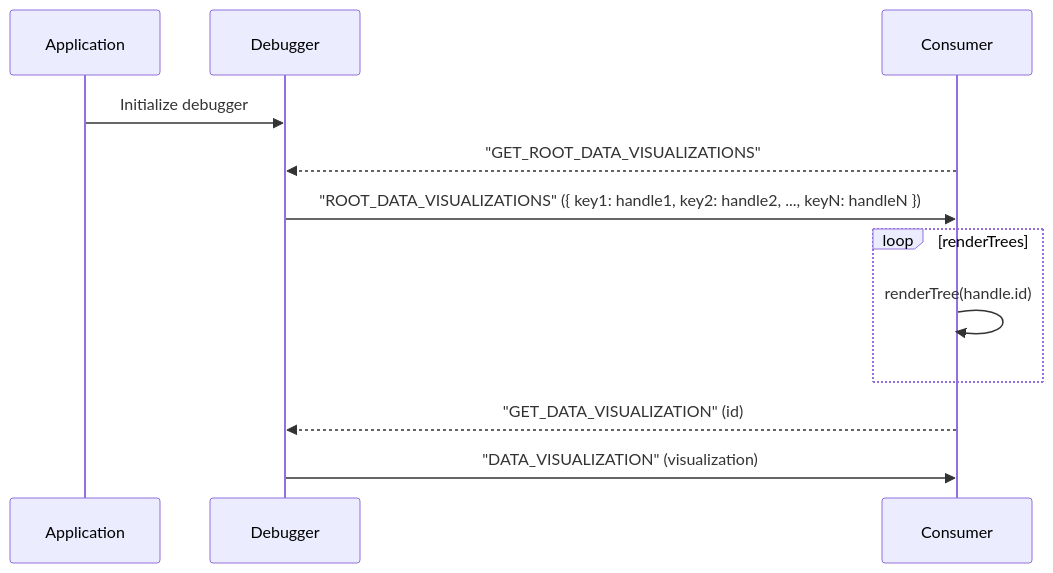
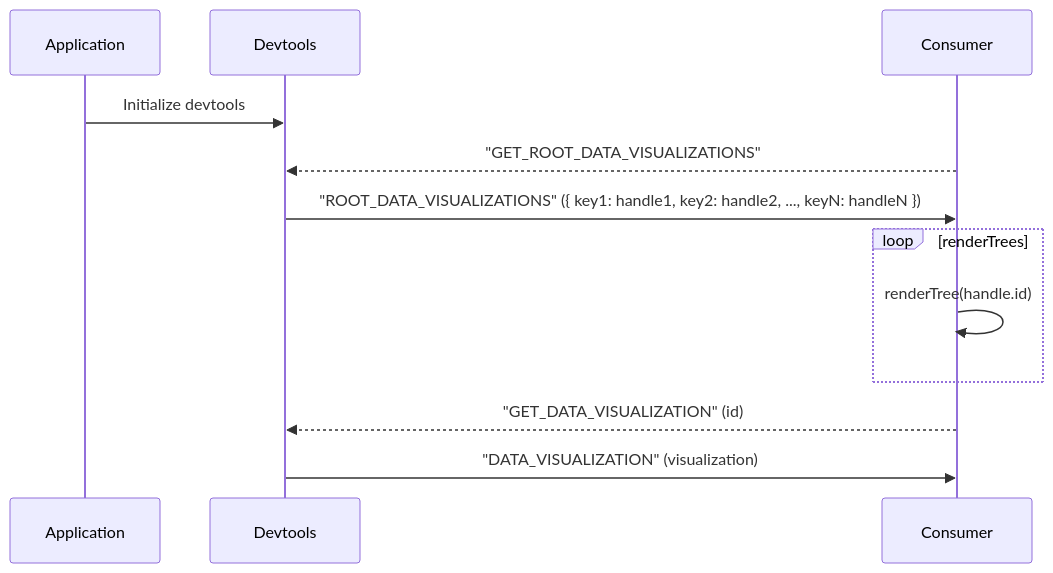
One commit to microsoft/FluidFramework changed the first of 2 diagrams in packages/tools/devtools/devtools-core/src/data-visualization/README.md. Above: the diagram before and after it, drawn with Mermaid. The commit also changed other lines of this file and 18 other files, not shown here.

````diff
--- a/packages/tools/devtools/devtools-core/src/data-visualization/README.md
+++ b/packages/tools/devtools/devtools-core/src/data-visualization/README.md
@@ -31,15 +31,15 @@
 ```mermaid
 sequenceDiagram
 participant Application
-participant Debugger
+participant Devtools
 participant Consumer
 
-Application->>Debugger: Initialize debugger
-Consumer-->>Debugger: "GET_ROOT_DATA_VISUALIZATIONS"
-Debugger->>Consumer: "ROOT_DATA_VISUALIZATIONS" ({ key1: handle1, key2: handle2, ..., keyN: handleN })
+Application->>Devtools: Initialize devtools
+Consumer-->>Devtools: "GET_ROOT_DATA_VISUALIZATIONS"
+Devtools->>Consumer: "ROOT_DATA_VISUALIZATIONS" ({ key1: handle1, key2: handle2, ..., keyN: handleN })
 loop renderTrees
 	Consumer->>Consumer: renderTree(handle.id)
 end
-Consumer-->>Debugger: "GET_DATA_VISUALIZATION" (id)
-Debugger->>Consumer: "DATA_VISUALIZATION" (visualization)
+Consumer-->>Devtools: "GET_DATA_VISUALIZATION" (id)
+Devtools->>Consumer: "DATA_VISUALIZATION" (visualization)
 ```
````
